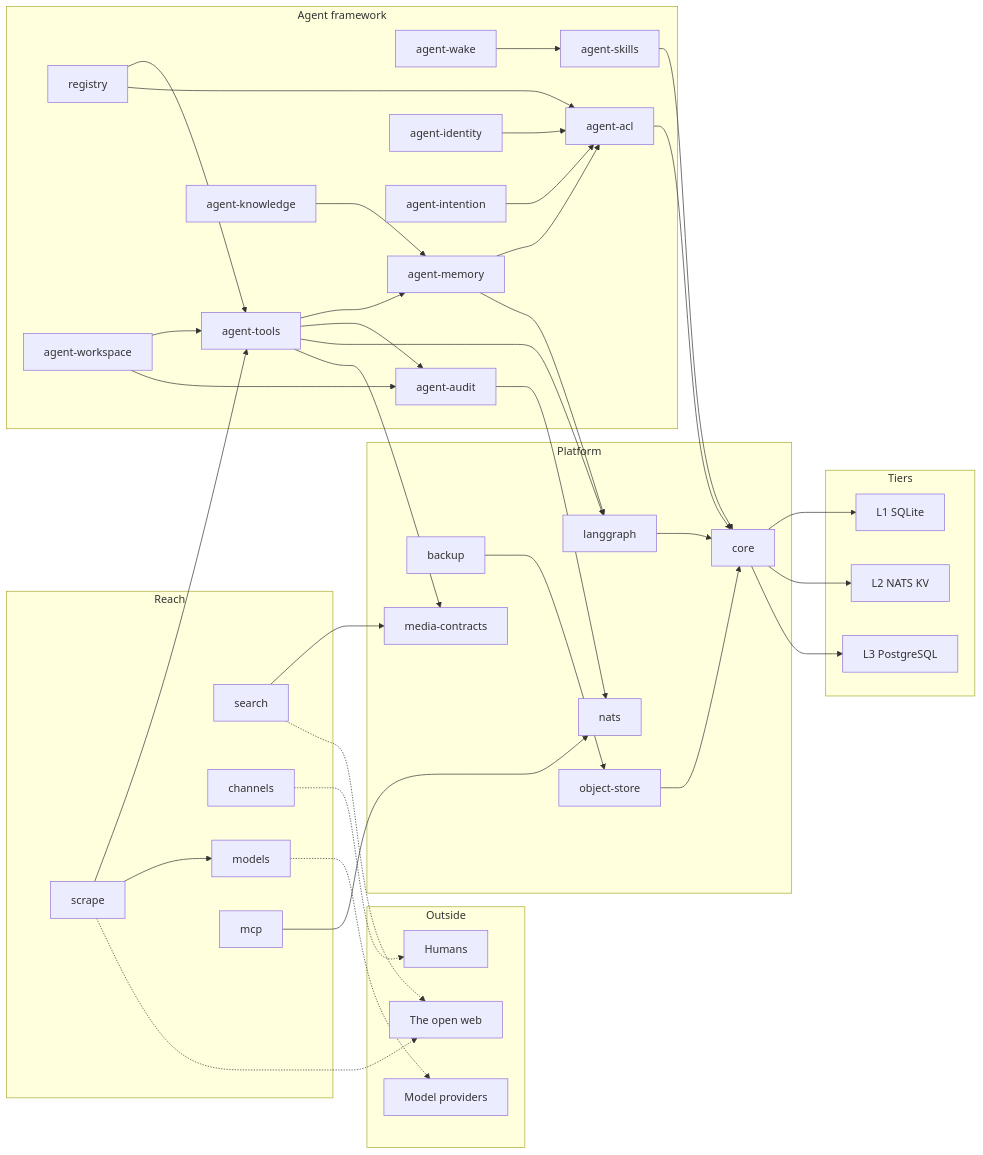
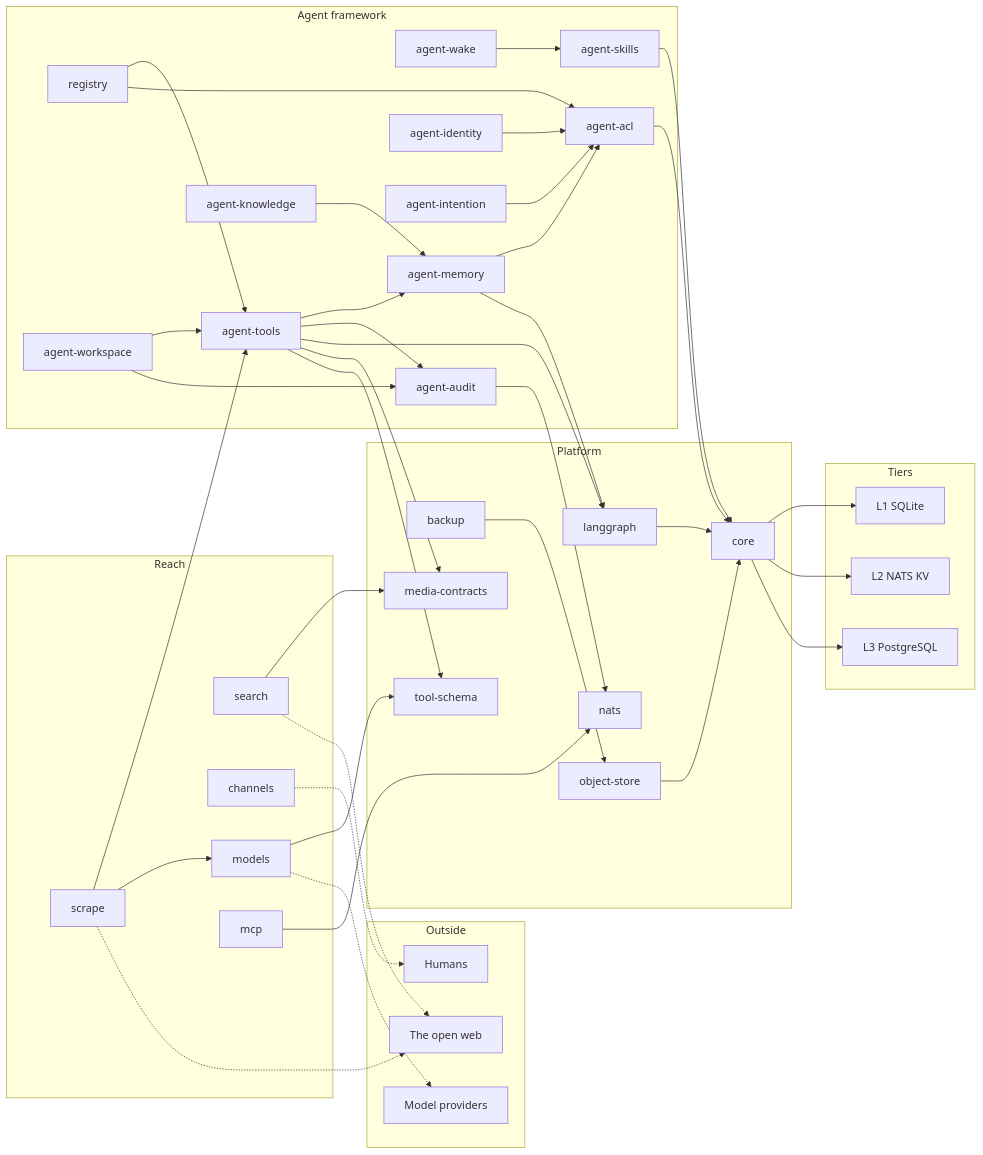
Before and after one commit to pacepace/3tears: the diagram in README.md, drawn with Mermaid. The commit also changed other lines of this file and 17 other files, not shown here.

First line of the commit message:
New package 3tears-tool-schema: a tool's argument schema made self-contained

````diff
--- a/README.md
+++ b/README.md
@@ -204,77 +205,80 @@
 ```mermaid
 graph LR
     subgraph "Outside"
         WEB[The open web]
         HUM[Humans]
         LLM[Model providers]
     end
 
     subgraph "Reach"
         SCRAPE[scrape]
         SEARCH[search]
         CHAN[channels]
         MODELS[models]
         MCP[mcp]
     end
 
     subgraph "Agent framework"
         REG[registry]
         WORK[agent-workspace]
         TOOLS[agent-tools]
         WAKE[agent-wake]
         KNOW[agent-knowledge]
         MEM[agent-memory]
         SKILL[agent-skills]
         IDENT[agent-identity]
         INT[agent-intention]
         ACL[agent-acl]
         AUDIT[agent-audit]
     end
 
     subgraph "Platform"
         LG[langgraph]
         BACK[backup]
         OBJ[object-store]
         CORE[core]
         NATS[nats]
         MEDIA[media-contracts]
+        TSCHEMA[tool-schema]
     end
 
     subgraph "Tiers"
         L1[L1 SQLite]
         L2[L2 NATS KV]
         L3[L3 PostgreSQL]
     end
 
     SCRAPE --> TOOLS
     SCRAPE --> MODELS
     REG --> TOOLS
     REG --> ACL
     WORK --> TOOLS
     WORK --> AUDIT
     TOOLS --> MEM
     TOOLS --> AUDIT
     TOOLS --> LG
     TOOLS --> MEDIA
+    TOOLS --> TSCHEMA
+    MODELS --> TSCHEMA
     KNOW --> MEM
     MEM --> ACL
     IDENT --> ACL
     INT --> ACL
     MEM --> LG
     WAKE --> SKILL
     SKILL --> CORE
     ACL --> CORE
     LG --> CORE
     AUDIT --> NATS
     MCP --> NATS
     BACK --> OBJ
     OBJ --> CORE
     SEARCH --> MEDIA
     CORE --> L1
     CORE --> L2
     CORE --> L3
     SCRAPE -.-> WEB
     SEARCH -.-> WEB
     CHAN -.-> HUM
     MODELS -.-> LLM
 ```
````
